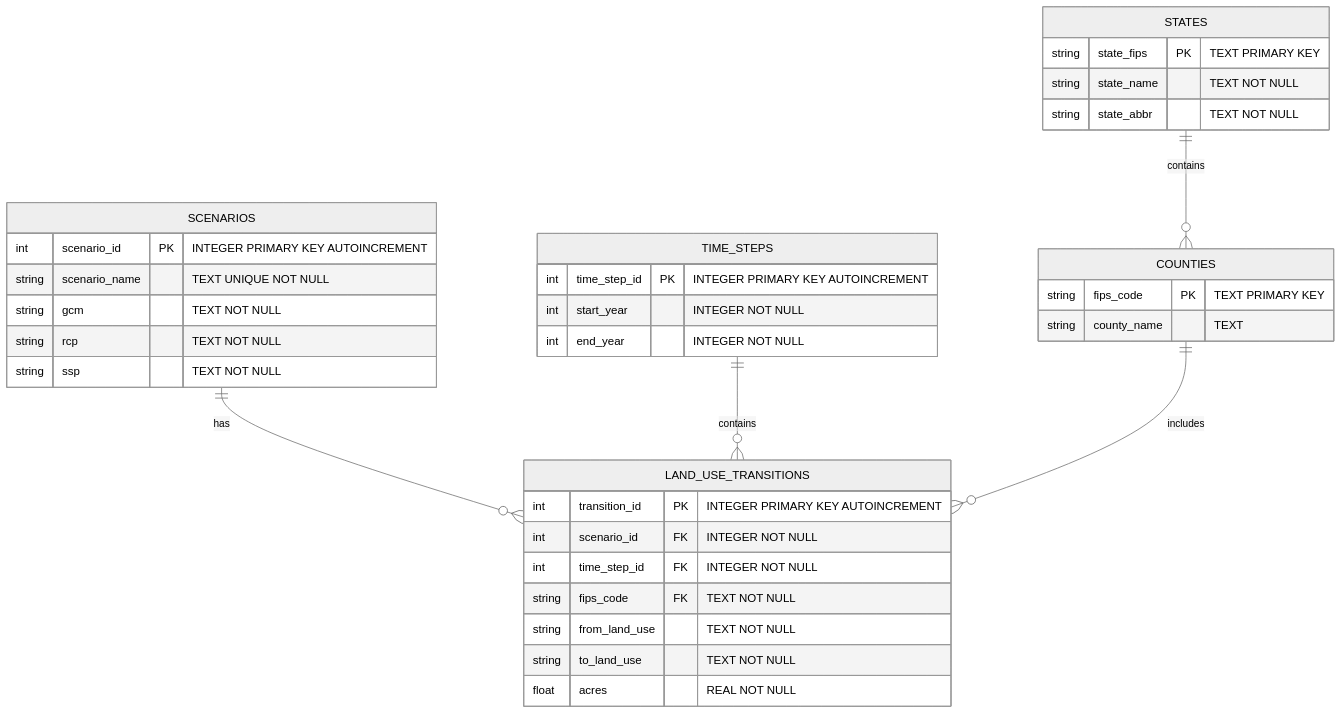
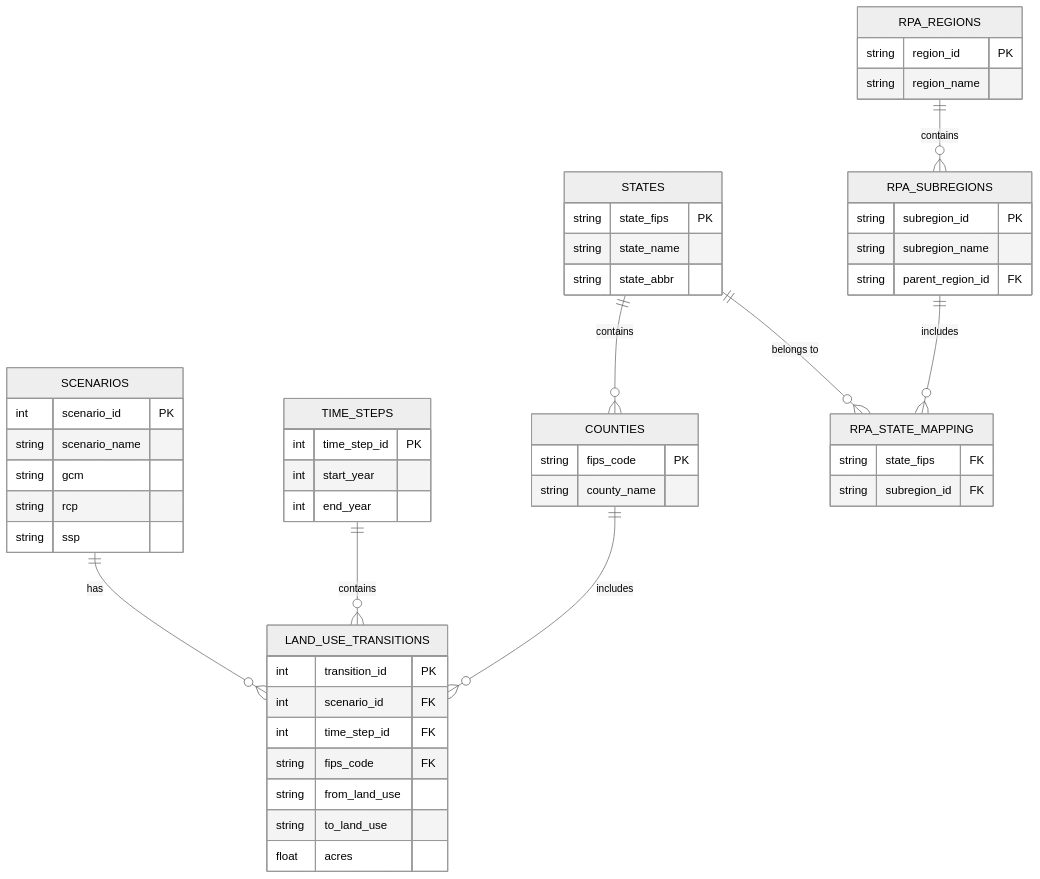
One commit to mihiarc/rpa-landuse-viewer changed the first of 2 diagrams in docs/DATABASE_SCHEMA.md. Above: the diagram before and after it, drawn with Mermaid (neutral theme). The commit also changed other lines of this file, not shown here.

Commit message:
Fix ERD diagram in DATABASE_SCHEMA.md for better rendering

````diff
--- a/docs/DATABASE_SCHEMA.md
+++ b/docs/DATABASE_SCHEMA.md
@@ -13,38 +13,61 @@
 ```mermaid
 erDiagram
+    SCENARIOS ||--o{ LAND_USE_TRANSITIONS : has
+    TIME_STEPS ||--o{ LAND_USE_TRANSITIONS : contains
+    COUNTIES ||--o{ LAND_USE_TRANSITIONS : includes
+    STATES ||--o{ COUNTIES : contains
+    STATES ||--o{ RPA_STATE_MAPPING : "belongs to"
+    RPA_REGIONS ||--o{ RPA_SUBREGIONS : contains
+    RPA_SUBREGIONS ||--o{ RPA_STATE_MAPPING : includes
+    
     SCENARIOS {
-        int scenario_id PK "INTEGER PRIMARY KEY AUTOINCREMENT"
-        string scenario_name "TEXT UNIQUE NOT NULL"
-        string gcm "TEXT NOT NULL"
-        string rcp "TEXT NOT NULL"
-        string ssp "TEXT NOT NULL"
-    }
-    TIME_STEPS {
-        int time_step_id PK "INTEGER PRIMARY KEY AUTOINCREMENT"
-        int start_year "INTEGER NOT NULL"
-        int end_year "INTEGER NOT NULL"
-    }
-    STATES {
-        string state_fips PK "TEXT PRIMARY KEY"
-        string state_name "TEXT NOT NULL"
-        string state_abbr "TEXT NOT NULL"
-    }
-    COUNTIES {
-        string fips_code PK "TEXT PRIMARY KEY"
-        string county_name "TEXT"
-    }
-    LAND_USE_TRANSITIONS {
-        int transition_id PK "INTEGER PRIMARY KEY AUTOINCREMENT"
-        int scenario_id FK "INTEGER NOT NULL"
-        int time_step_id FK "INTEGER NOT NULL"
-        string fips_code FK "TEXT NOT NULL"
-        string from_land_use "TEXT NOT NULL"
-        string to_land_use "TEXT NOT NULL"
-        float acres "REAL NOT NULL"
+        int scenario_id PK
+        string scenario_name
+        string gcm
+        string rcp
+        string ssp
     }
     
-    SCENARIOS ||--o{ LAND_USE_TRANSITIONS : "has"
-    TIME_STEPS ||--o{ LAND_USE_TRANSITIONS : "contains"
-    STATES ||--o{ COUNTIES : "contains"
-    COUNTIES ||--o{ LAND_USE_TRANSITIONS : "includes"
+    TIME_STEPS {
+        int time_step_id PK
+        int start_year
+        int end_year
+    }
+    
+    STATES {
+        string state_fips PK
+        string state_name
+        string state_abbr
+    }
+    
+    COUNTIES {
+        string fips_code PK
+        string county_name
+    }
+    
+    LAND_USE_TRANSITIONS {
+        int transition_id PK
+        int scenario_id FK
+        int time_step_id FK
+        string fips_code FK
+        string from_land_use
+        string to_land_use
+        float acres
+    }
+    
+    RPA_REGIONS {
+        string region_id PK
+        string region_name
+    }
+    
+    RPA_SUBREGIONS {
+        string subregion_id PK
+        string subregion_name
+        string parent_region_id FK
+    }
+    
+    RPA_STATE_MAPPING {
+        string state_fips FK
+        string subregion_id FK
+    }
 ```
````
